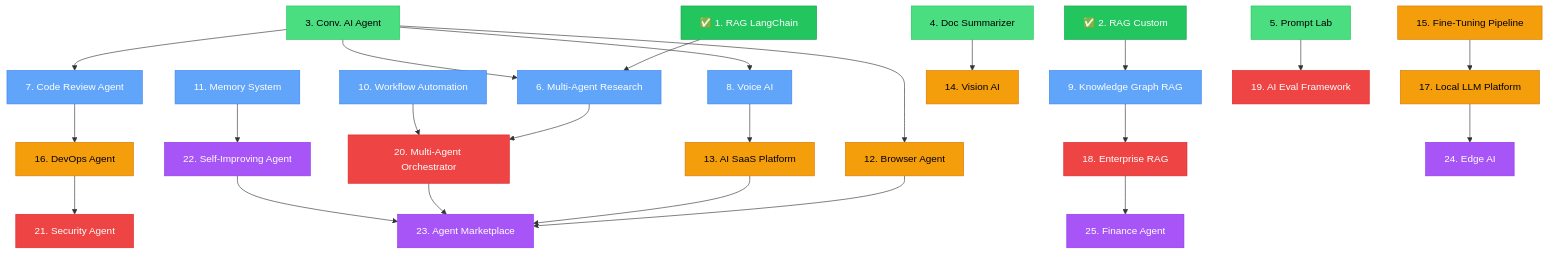
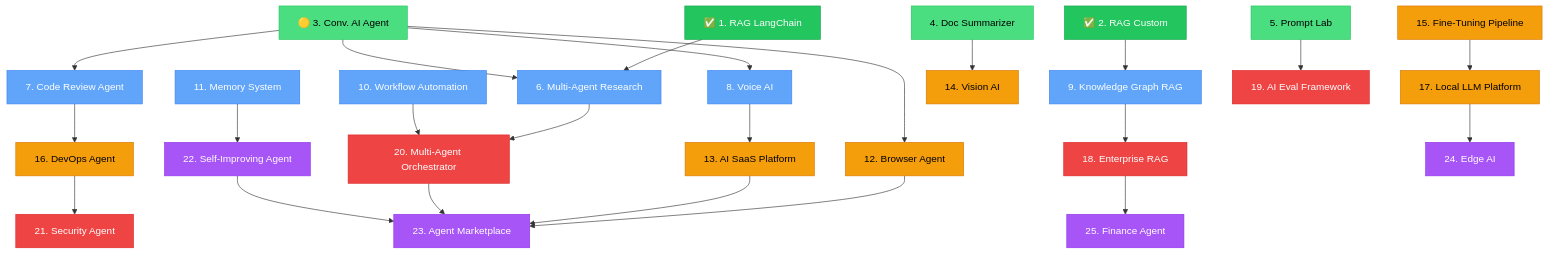
One commit to muzammil5539/Agentic-AI-and-RAG-Projects changed the first of 3 diagrams in ROADMAP.md. Above: the diagram before and after it, drawn with Mermaid. The commit also changed other lines of this file and 70 other files, not shown here.

````diff
--- a/ROADMAP.md
+++ b/ROADMAP.md
@@ -5,69 +5,69 @@
 ```mermaid
 graph TD
     %% Phase 1 - Beginner (Green)
     P1["✅ 1. RAG LangChain"]:::done
     P2["✅ 2. RAG Custom"]:::done
-    P3["3. Conv. AI Agent"]:::beginner
+    P3["🟡 3. Conv. AI Agent"]:::beginner
     P4["4. Doc Summarizer"]:::beginner
     P5["5. Prompt Lab"]:::beginner
 
     %% Phase 2 - Intermediate (Blue)
     P6["6. Multi-Agent Research"]:::intermediate
     P7["7. Code Review Agent"]:::intermediate
     P8["8. Voice AI"]:::intermediate
     P9["9. Knowledge Graph RAG"]:::intermediate
     P10["10. Workflow Automation"]:::intermediate
     P11["11. Memory System"]:::intermediate
 
     %% Phase 3 - Advanced (Orange)
     P12["12. Browser Agent"]:::advanced
     P13["13. AI SaaS Platform"]:::advanced
     P14["14. Vision AI"]:::advanced
     P15["15. Fine-Tuning Pipeline"]:::advanced
     P16["16. DevOps Agent"]:::advanced
     P17["17. Local LLM Platform"]:::advanced
 
     %% Phase 4 - Enterprise (Red)
     P18["18. Enterprise RAG"]:::enterprise
     P19["19. AI Eval Framework"]:::enterprise
     P20["20. Multi-Agent Orchestrator"]:::enterprise
     P21["21. Security Agent"]:::enterprise
 
     %% Phase 5 - Research (Purple)
     P22["22. Self-Improving Agent"]:::research
     P23["23. Agent Marketplace"]:::research
     P24["24. Edge AI"]:::research
     P25["25. Finance Agent"]:::research
 
     %% Dependencies
     P1 --> P6
     P2 --> P9
     P3 --> P6
     P3 --> P7
     P3 --> P8
     P3 --> P12
     P4 --> P14
     P5 --> P19
     P6 --> P20
     P7 --> P16
     P8 --> P13
     P9 --> P18
     P10 --> P20
     P11 --> P22
     P12 --> P23
     P13 --> P23
     P15 --> P17
     P16 --> P21
     P17 --> P24
     P18 --> P25
     P20 --> P23
     P22 --> P23
 
     %% Styling
     classDef done fill:#22c55e,stroke:#16a34a,color:#fff
     classDef beginner fill:#4ade80,stroke:#22c55e,color:#000
     classDef intermediate fill:#60a5fa,stroke:#3b82f6,color:#fff
     classDef advanced fill:#f59e0b,stroke:#d97706,color:#000
     classDef enterprise fill:#ef4444,stroke:#dc2626,color:#fff
     classDef research fill:#a855f7,stroke:#9333ea,color:#fff
 ```
````
